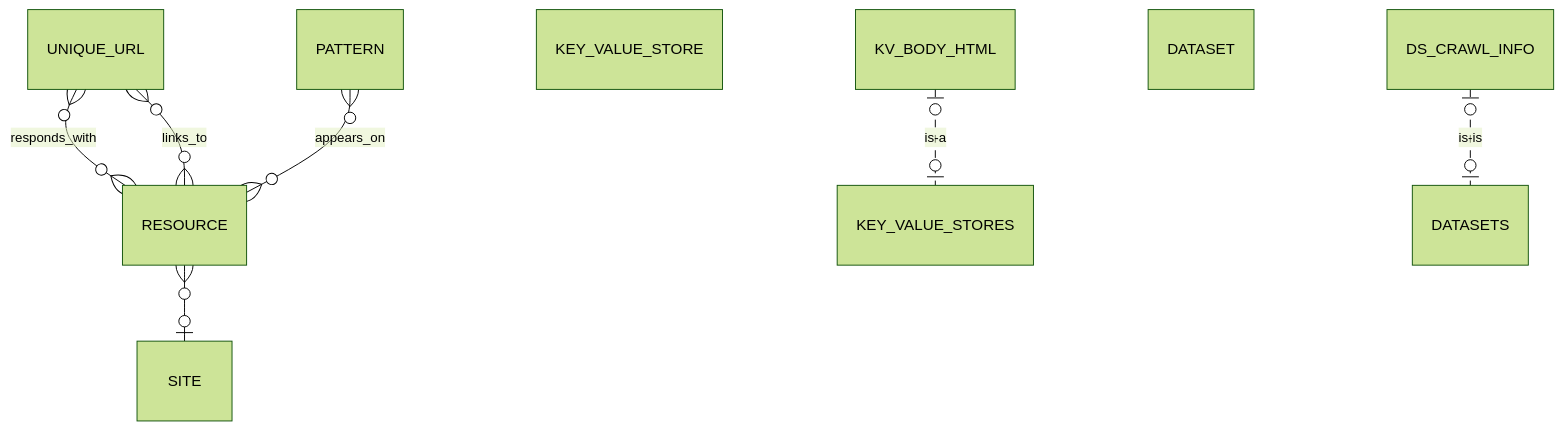
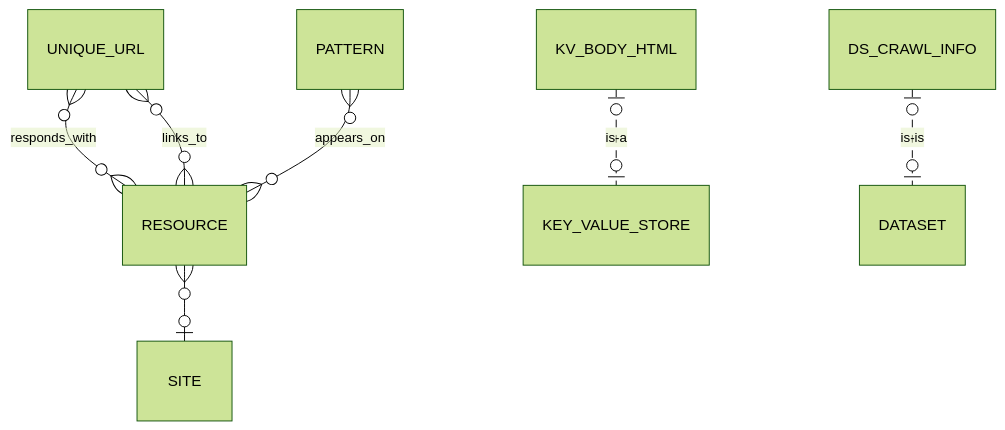
The diagram in docs/MODEL.md (autogram-is/spidergram), drawn with Mermaid (forest theme) before and after one commit.

````diff
--- a/docs/MODEL.md
+++ b/docs/MODEL.md
@@ -3,11 +3,11 @@
 ```mermaid
 erDiagram
     UNIQUE_URL }o--o{ RESOURCE : responds_with
     RESOURCE }o--o{ UNIQUE_URL : links_to
     RESOURCE }o--o| SITE : ""
     PATTERN }o--o{ RESOURCE : appears_on
     KEY_VALUE_STORE
-    KV_BODY_HTML |O..O| KEY_VALUE_STORES : is-a
+    KV_BODY_HTML |O..O| KEY_VALUE_STORE : is-a
     DATASET
-    DS_CRAWL_INFO |O..O| DATASETS : is-is
+    DS_CRAWL_INFO |O..O| DATASET : is-is
 ```
````
